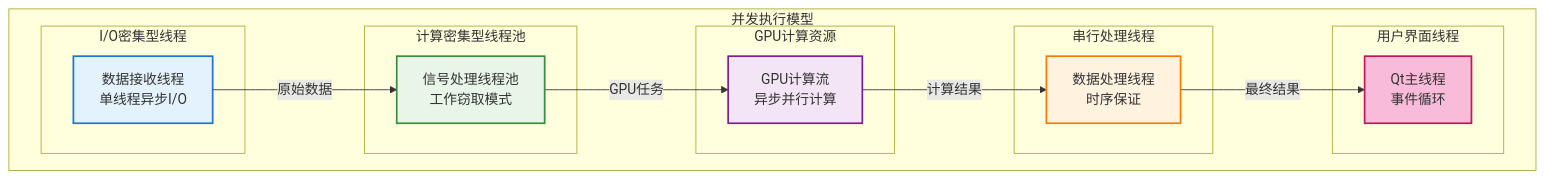
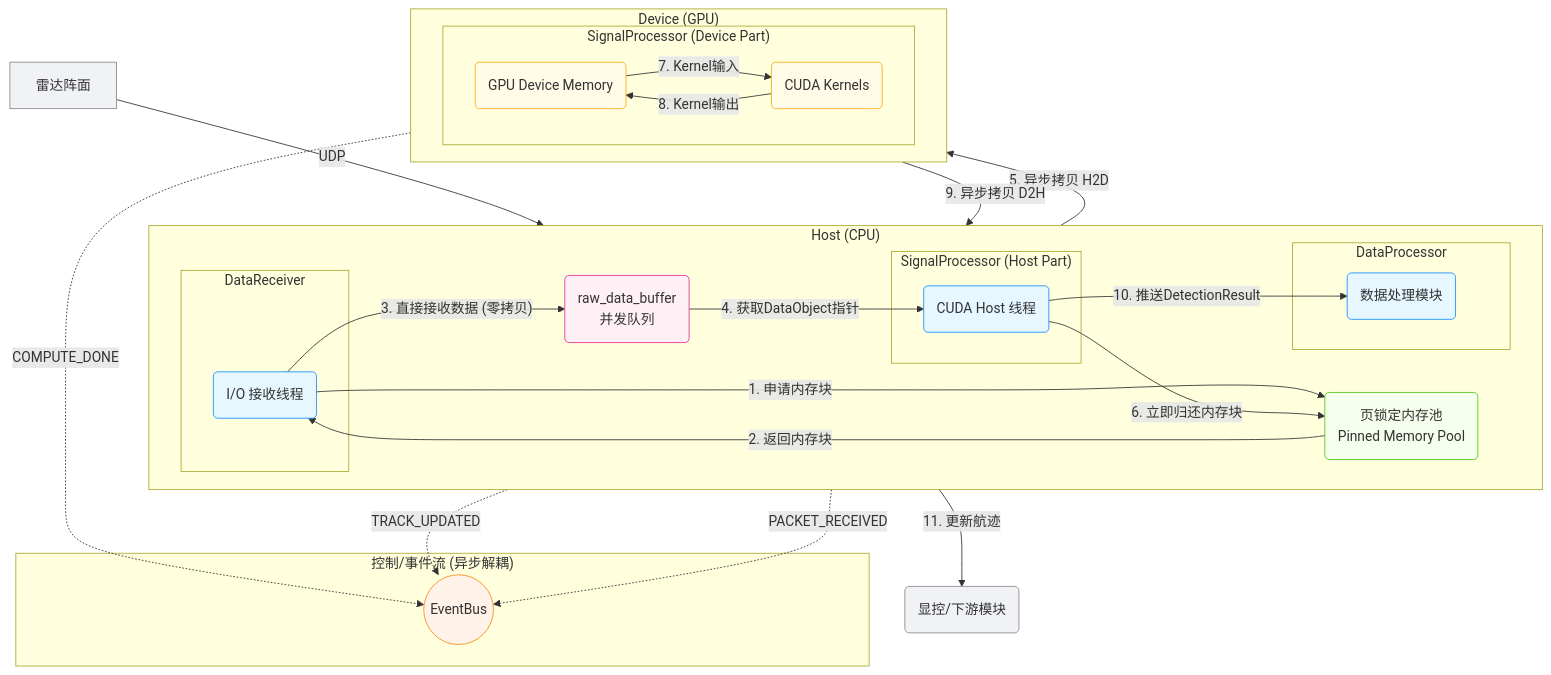
One commit to wendizhou99-cell/Radar changed the second of 4 diagrams in docs/01_项目设计/01_项目设计/00_总体架构设计.md. Above: the diagram before and after it, drawn with Mermaid. The commit also changed other lines of this file and 27 other files, not shown here.

````diff
--- a/docs/01_项目设计/01_项目设计/00_总体架构设计.md
+++ b/docs/01_项目设计/01_项目设计/00_总体架构设计.md
@@ -183,42 +168,62 @@
 ```mermaid
-graph TB
-    subgraph "并发执行模型"
-        subgraph "I/O密集型线程"
-            IO_THREAD[数据接收线程<br/>单线程异步I/O]
+graph TD
+    %% Styles
+    classDef cpu fill:#e6f7ff,stroke:#1890ff
+    classDef gpu fill:#fffbe6,stroke:#faad14
+    classDef memory fill:#f6ffed,stroke:#52c41a
+    classDef external fill:#f0f2f5,stroke:#8c8c8c
+    classDef buffer fill:#fff0f6,stroke:#eb2f96
+    classDef event fill:#fff2e8,stroke:#fa8c16
+
+    subgraph "Host (CPU)"
+        direction LR
+        subgraph "DataReceiver"
+            IOThread("I/O 接收线程")
         end
-
-        subgraph "计算密集型线程池"
-            COMPUTE_POOL[信号处理线程池<br/>工作窃取模式]
+        PinnedPool(页锁定内存池<br>Pinned Memory Pool)
+        RawDataBuffer(raw_data_buffer<br>并发队列)
+        subgraph "SignalProcessor (Host Part)"
+            CudaHost("CUDA Host 线程")
         end
-
-        subgraph "串行处理线程"
-            SERIAL_THREAD[数据处理线程<br/>时序保证]
+        subgraph "DataProcessor"
+            DP("数据处理模块")
         end
-
-        subgraph "GPU计算资源"
-            GPU_STREAM[GPU计算流<br/>异步并行计算]
-        end
-
-        subgraph "用户界面线程"
-            UI_THREAD[Qt主线程<br/>事件循环]
-        end
-
-        %% 数据流和控制流
-        IO_THREAD -->|原始数据| COMPUTE_POOL
-        COMPUTE_POOL -->|GPU任务| GPU_STREAM
-        GPU_STREAM -->|计算结果| SERIAL_THREAD
-        SERIAL_THREAD -->|最终结果| UI_THREAD
     end
 
-    classDef io fill:#e3f2fd,stroke:#1976d2,stroke-width:2px
-    classDef compute fill:#e8f5e8,stroke:#388e3c,stroke-width:2px
-    classDef serial fill:#fff3e0,stroke:#f57c00,stroke-width:2px
-    classDef gpu fill:#f3e5f5,stroke:#7b1fa2,stroke-width:2px
-    classDef ui fill:#f8bbd9,stroke:#c2185b,stroke-width:2px
+    subgraph "Device (GPU)"
+        direction LR
+        subgraph "SignalProcessor (Device Part)"
+            GpuMem("GPU Device Memory")
+            Kernel("CUDA Kernels")
+        end
+    end
 
-    class IO_THREAD io
-    class COMPUTE_POOL compute
-    class SERIAL_THREAD serial
-    class GPU_STREAM gpu
-    class UI_THREAD ui
+    Radar[雷达阵面] -- UDP --> IOThread
+    IOThread -- "1. 申请内存块" --> PinnedPool
+    PinnedPool -- "2. 返回内存块" --> IOThread
+    IOThread -- "3. 直接接收数据 (零拷贝)" --> RawDataBuffer
+    RawDataBuffer -- "4. 获取DataObject指针" --> CudaHost
+    CudaHost -- "5. 异步拷贝 H2D" --> GpuMem
+    CudaHost -- "6. 立即归还内存块" --> PinnedPool
+    GpuMem -- "7. Kernel输入" --> Kernel
+    Kernel -- "8. Kernel输出" --> GpuMem
+    GpuMem -- "9. 异步拷贝 D2H" --> CudaHost
+    CudaHost -- "10. 推送DetectionResult" --> DP
+    DP -- "11. 更新航迹" --> Display(显控/下游模块)
+
+    %% Event Flow
+    subgraph "控制/事件流 (异步解耦)"
+        EB((EventBus))
+        DP -.-> |TRACK_UPDATED| EB
+        Kernel -.-> |COMPUTE_DONE| EB
+        IOThread -.-> |PACKET_RECEIVED| EB
+    end
+
+    %% Apply Styles
+    class IOThread,CudaHost,DP cpu
+    class GpuMem,Kernel gpu
+    class PinnedPool memory
+    class RawDataBuffer buffer
+    class Radar,Display external
+    class EB event
 ```
````
